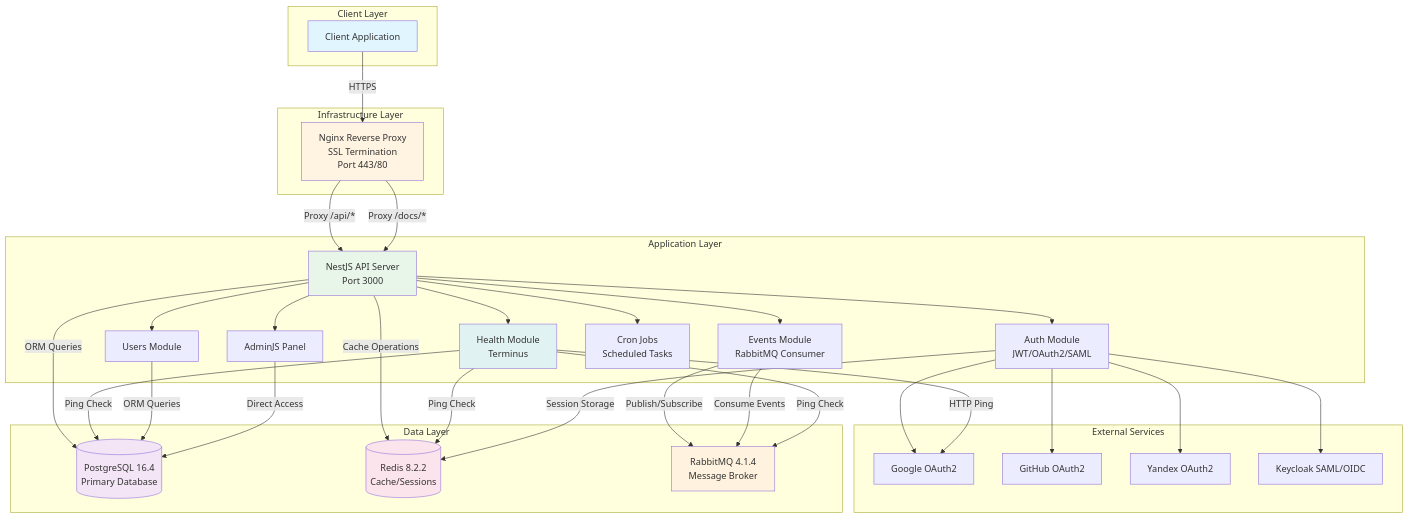
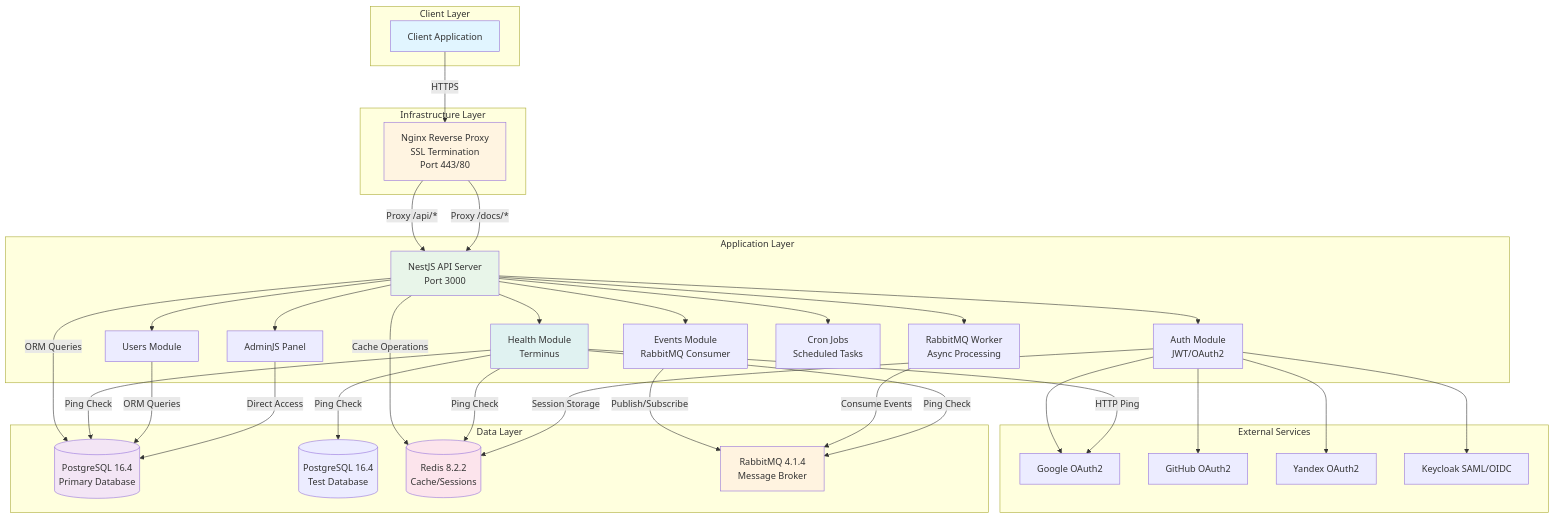
One commit to MarkDanilchenko/LightweightProject changed the diagram in README.md. Above: the diagram before and after it, drawn with Mermaid. The commit also changed other lines of this file, not shown here.

````diff
--- a/README.md
+++ b/README.md
@@ -136,71 +137,75 @@
 ```mermaid
 graph TB
     subgraph "Client Layer"
         Client[Client Application]
     end
     
     subgraph "Infrastructure Layer"
         Nginx[Nginx Reverse Proxy<br/>SSL Termination<br/>Port 443/80]
     end
     
     subgraph "Application Layer"
         API[NestJS API Server<br/>Port 3000]
-        Auth[Auth Module<br/>JWT/OAuth2/SAML]
+        Worker[RabbitMQ Worker<br/>Async Processing]
+        Auth[Auth Module<br/>JWT/OAuth2]
         Users[Users Module]
         Events[Events Module<br/>RabbitMQ Consumer]
         Health[Health Module<br/>Terminus]
         Admin[AdminJS Panel]
         Cron[Cron Jobs<br/>Scheduled Tasks]
     end
     
     subgraph "Data Layer"
         PostgreSQL[(PostgreSQL 16.4<br/>Primary Database)]
+        PostgreSQL_Test[(PostgreSQL 16.4<br/>Test Database)]
         Redis[(Redis 8.2.2<br/>Cache/Sessions)]
         RabbitMQ[RabbitMQ 4.1.4<br/>Message Broker]
     end
     
     subgraph "External Services"
         Google[Google OAuth2]
         GitHub[GitHub OAuth2]
         Yandex[Yandex OAuth2]
         Keycloak[Keycloak SAML/OIDC]
     end
     
     Client -->|HTTPS| Nginx
     Nginx -->|Proxy /api/*| API
     Nginx -->|Proxy /docs/*| API
     
     API --> Auth
     API --> Users
     API --> Events
     API --> Health
     API --> Admin
     API --> Cron
+    API --> Worker
     
     Auth --> Google
     Auth --> GitHub
     Auth --> Yandex
     Auth --> Keycloak
     
     API -->|ORM Queries| PostgreSQL
     API -->|Cache Operations| Redis
     Events -->|Publish/Subscribe| RabbitMQ
-    Events -->|Consume Events| RabbitMQ
+    Worker -->|Consume Events| RabbitMQ
 
     Health -->|Ping Check| PostgreSQL
+    Health -->|Ping Check| PostgreSQL_Test
     Health -->|Ping Check| Redis
     Health -->|Ping Check| RabbitMQ
     Health -->|HTTP Ping| Google
     
     Auth -->|Session Storage| Redis
     Users -->|ORM Queries| PostgreSQL
     Admin -->|Direct Access| PostgreSQL
     
     style Client fill:#e1f5ff
     style Nginx fill:#fff4e1
     style API fill:#e8f5e9
     style PostgreSQL fill:#f3e5f5
     style Redis fill:#fce4ec
     style RabbitMQ fill:#fff3e0
     style Health fill:#e0f2f1
 ```
````
